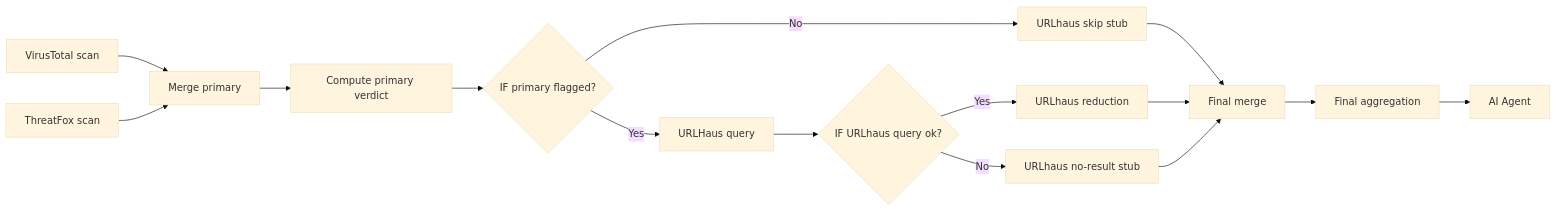
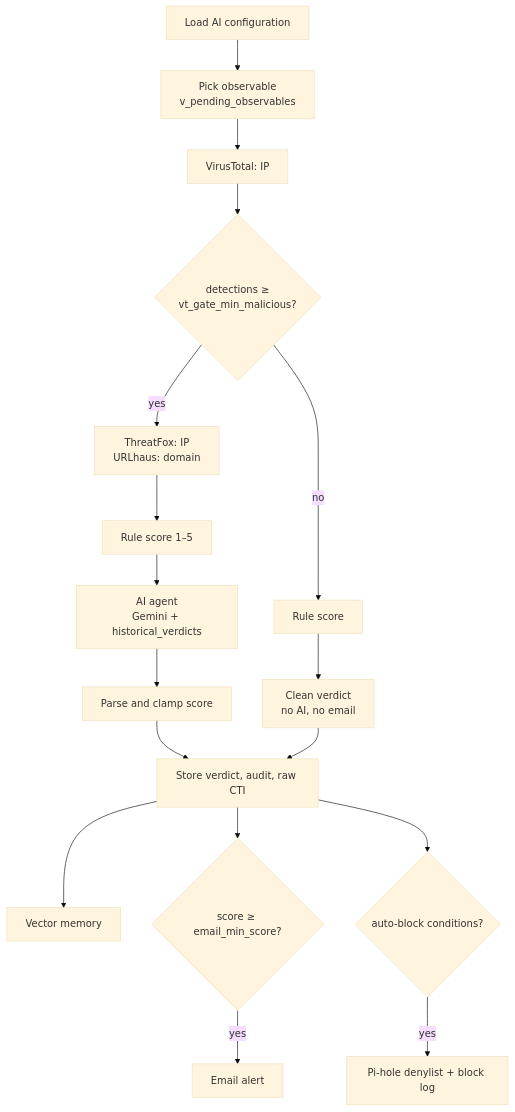
Before and after one commit to lukaszFD/cyber-sentinel: the diagram in docs/n8n.md, drawn with Mermaid (base theme). The commit also changed other lines of this file and 32 other files, not shown here.

````diff
--- a/docs/n8n.md
+++ b/docs/n8n.md
@@ -773,17 +9,18 @@
 ```mermaid
-flowchart LR
-    VT[VirusTotal scan] --> MP[Merge primary]
-    TF[ThreatFox scan] --> MP
-    MP --> CP[Compute primary verdict]
-    CP --> IF{IF primary flagged?}
-    IF -- No --> SK[URLhaus skip stub]
-    IF -- Yes --> UH[URLHaus query]
-    UH --> IFU{IF URLhaus query ok?}
-    IFU -- Yes --> UR[URLhaus reduction]
-    IFU -- No --> NR[URLhaus no-result stub]
-    SK --> FM[Final merge]
-    UR --> FM
-    NR --> FM
-    FM --> FA[Final aggregation]
-    FA --> AI[AI Agent]
+flowchart TD
+    A[Load AI configuration] --> B[Pick observable<br>v_pending_observables]
+    B --> C[VirusTotal: IP]
+    C --> D{detections ≥<br>vt_gate_min_malicious?}
+    D -- no --> E[Rule score] --> F[Clean verdict<br>no AI, no email]
+    D -- yes --> G[ThreatFox: IP<br>URLhaus: domain]
+    G --> H[Rule score 1–5]
+    H --> I[AI agent<br>Gemini + historical_verdicts]
+    I --> J[Parse and clamp score]
+    J --> K[Store verdict, audit, raw CTI]
+    F --> K
+    K --> L[Vector memory]
+    K --> M{score ≥ email_min_score?}
+    M -- yes --> N[Email alert]
+    K --> O{auto-block conditions?}
+    O -- yes --> P[Pi-hole denylist + block log]
 ```
````
